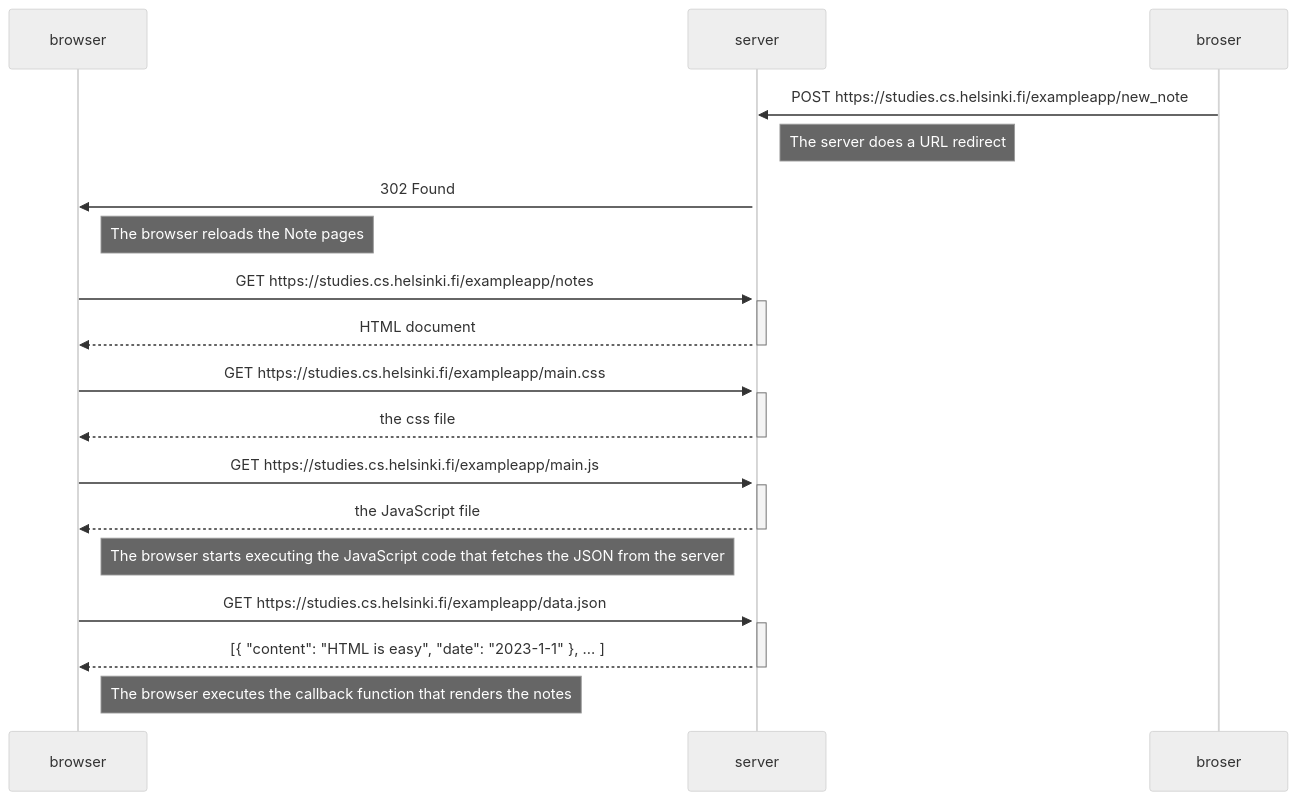
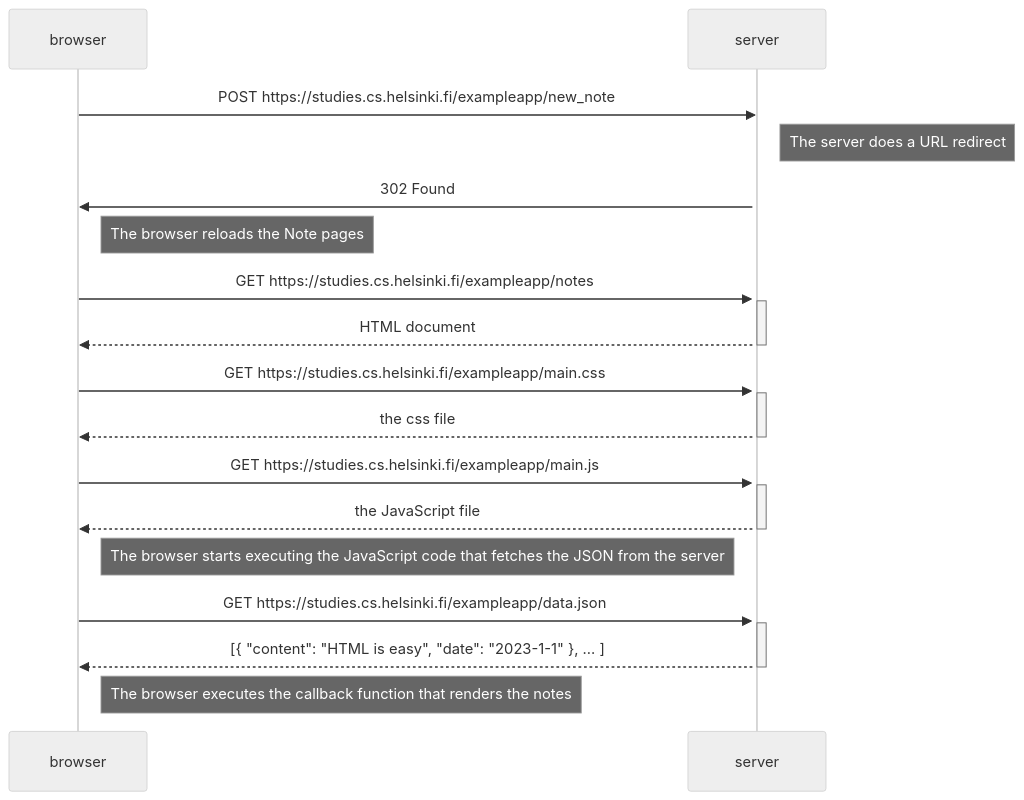
The diagram in part0/0.4-new-note-diagram.md (ningia92/full-stack-open), drawn with Mermaid (neutral theme) before and after one commit.

````diff
--- a/part0/0.4-new-note-diagram.md
+++ b/part0/0.4-new-note-diagram.md
@@ -1,35 +1,35 @@
 ```mermaid
   sequenceDiagram
     participant browser
     participant server
 
-    broser->>server: POST https://studies.cs.helsinki.fi/exampleapp/new_note
+    browser->>server: POST https://studies.cs.helsinki.fi/exampleapp/new_note
     Note right of server: The server does a URL redirect
     activate server
     server->>browser: 302 Found
     Note right of browser: The browser reloads the Note pages
 
     browser->>server: GET https://studies.cs.helsinki.fi/exampleapp/notes
     activate server
     server-->>browser: HTML document
     deactivate server
 
     browser->>server: GET https://studies.cs.helsinki.fi/exampleapp/main.css
     activate server
     server-->>browser: the css file
     deactivate server
 
     browser->>server: GET https://studies.cs.helsinki.fi/exampleapp/main.js
     activate server
     server-->>browser: the JavaScript file
     deactivate server
 
     Note right of browser: The browser starts executing the JavaScript code that fetches the JSON from the server
 
     browser->>server: GET https://studies.cs.helsinki.fi/exampleapp/data.json
     activate server
     server-->>browser: [{ "content": "HTML is easy", "date": "2023-1-1" }, ... ]
     deactivate server
 
     Note right of browser: The browser executes the callback function that renders the notes
 ```
````
